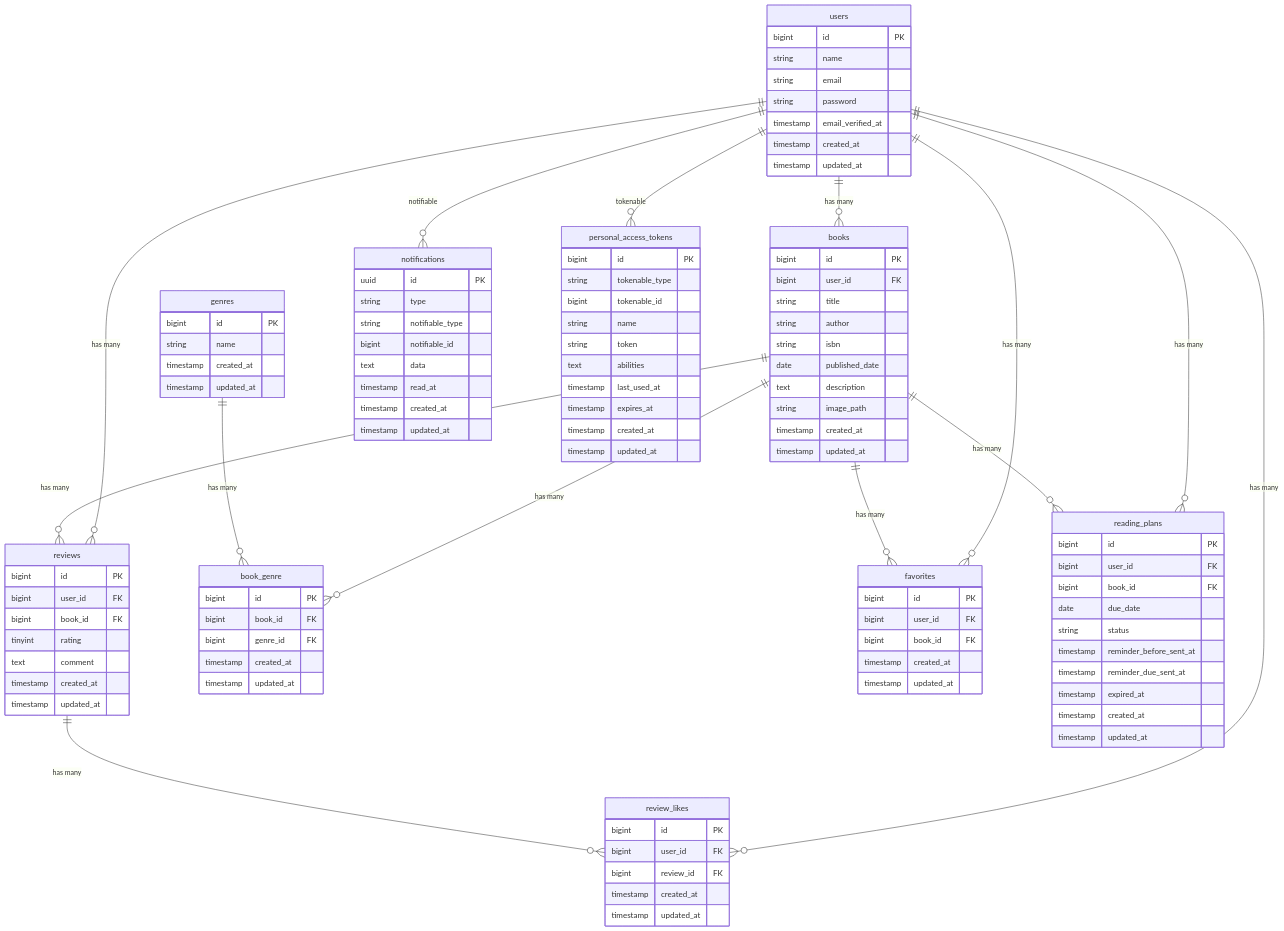
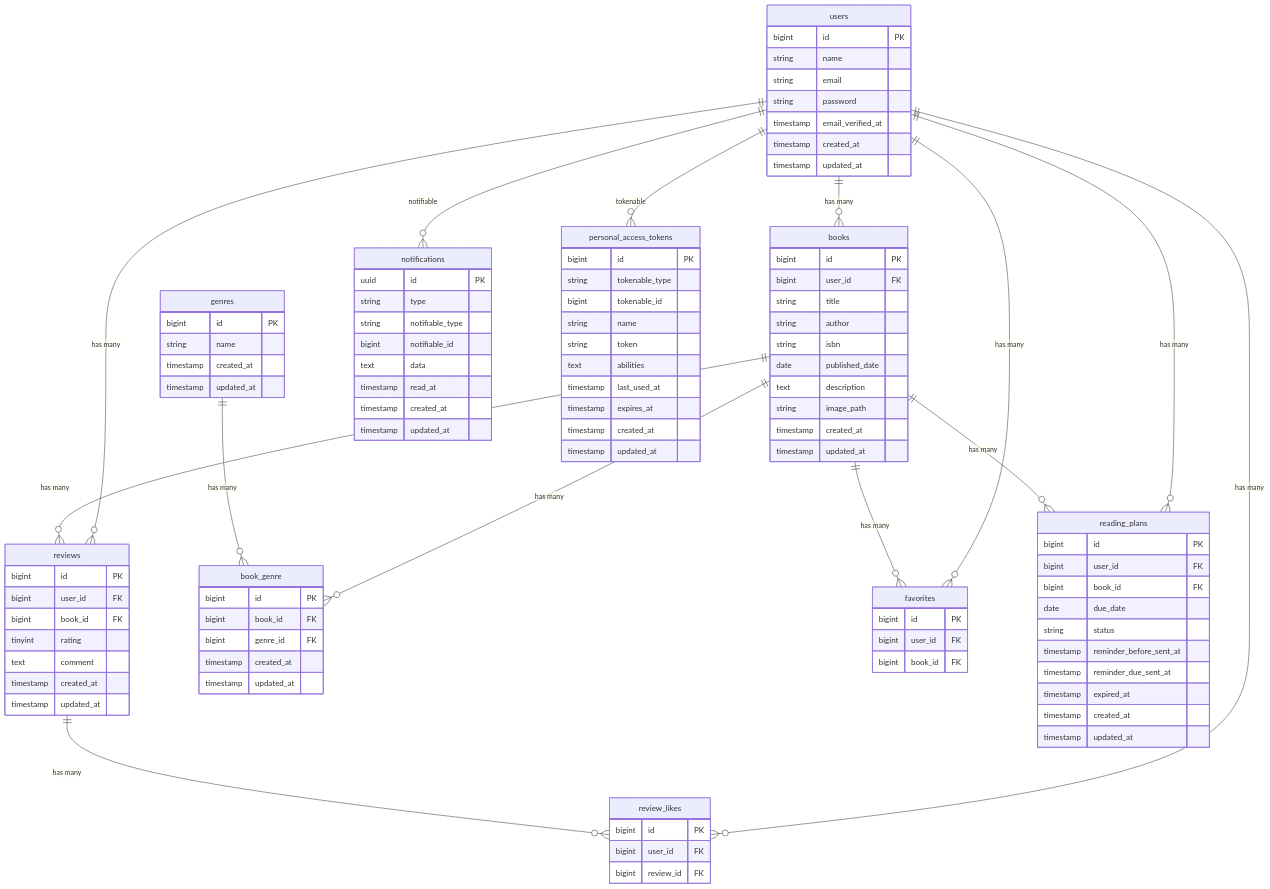
The diagram in README.md (honmatsubasa686-del/bookshelf-app), drawn with Mermaid before and after one commit. The commit also changed other lines of this file and 59 other files, not shown here.

```diff
--- a/README.md
+++ b/README.md
@@ -354,16 +350,12 @@
         bigint id PK
         bigint user_id FK
         bigint book_id FK
-        timestamp created_at
-        timestamp updated_at
     }
 
     review_likes {
         bigint id PK
         bigint user_id FK
         bigint review_id FK
-        timestamp created_at
-        timestamp updated_at
     }
 
     reading_plans {
```
